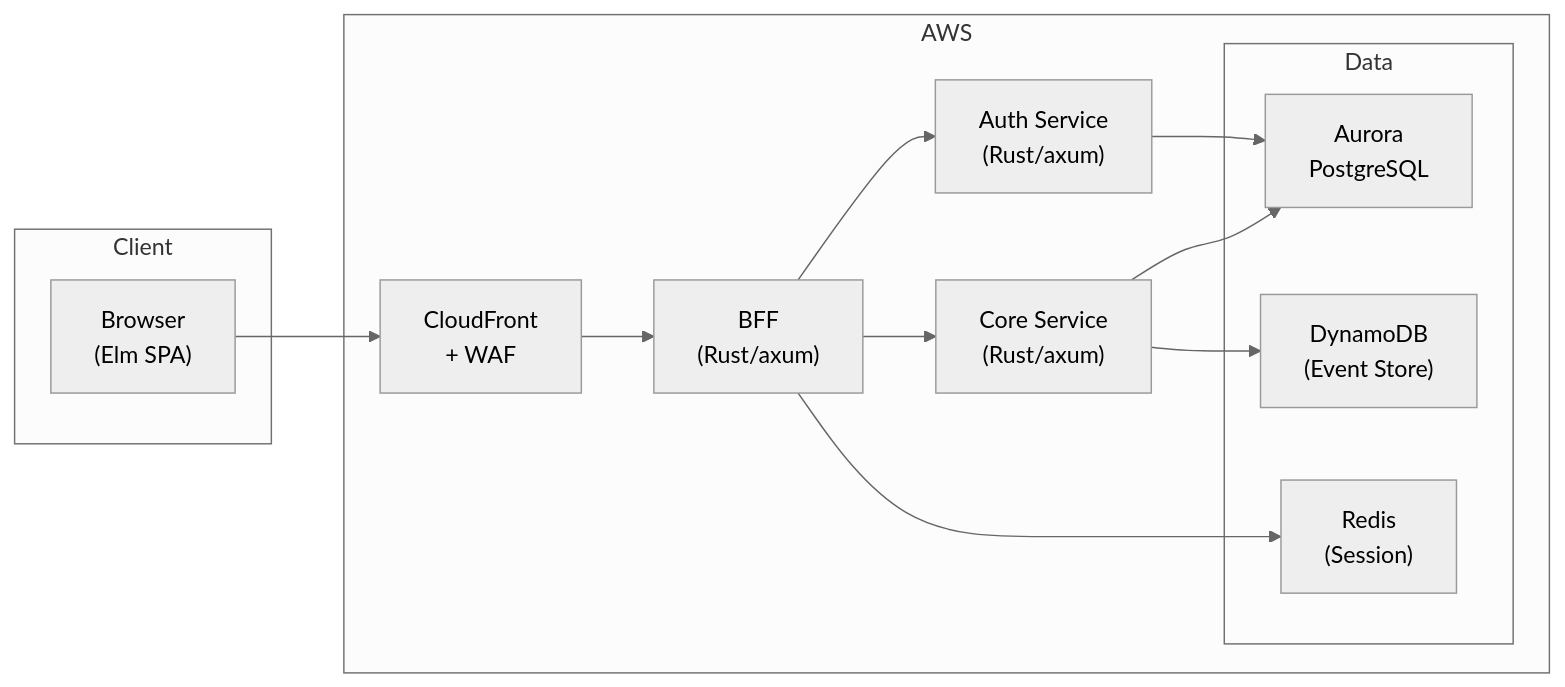
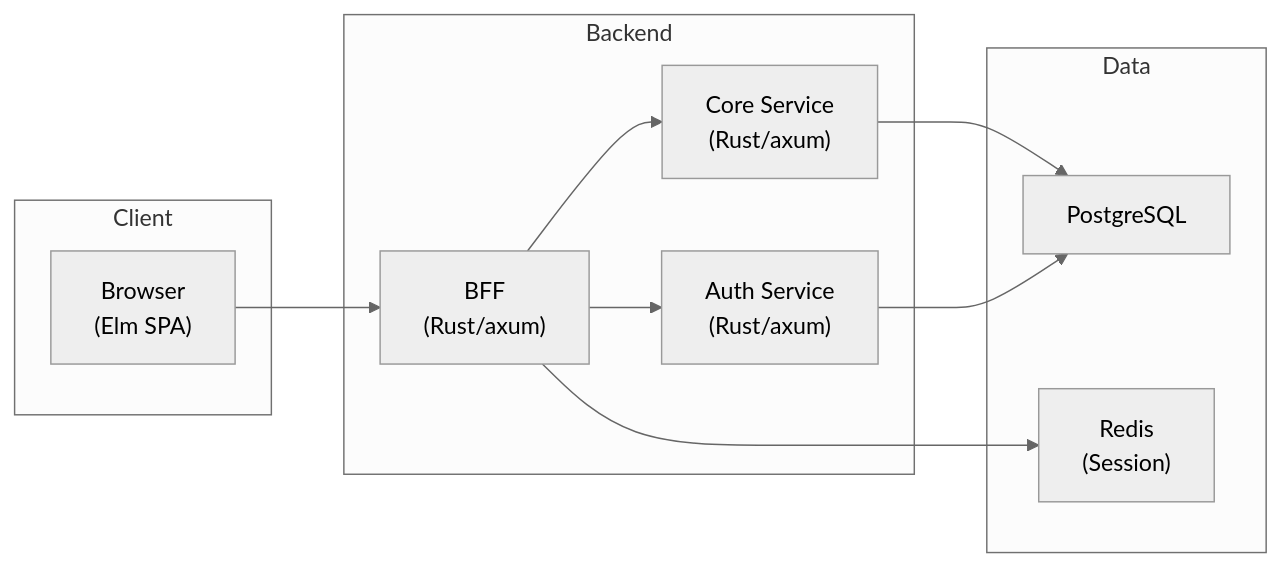
The diagram in README.md (ka2kama/ringiflow), drawn with Mermaid (neutral theme) before and after one commit. The commit also changed other lines of this file, not shown here.

````diff
--- a/README.md
+++ b/README.md
@@ -60,27 +67,24 @@
 ```mermaid
 flowchart LR
     subgraph Client
         Browser["Browser\n(Elm SPA)"]
     end
 
-    subgraph AWS
-        CF["CloudFront\n+ WAF"]
+    subgraph Backend
         BFF["BFF\n(Rust/axum)"]
         Core["Core Service\n(Rust/axum)"]
         Auth["Auth Service\n(Rust/axum)"]
-
-        subgraph Data
-            Aurora["Aurora\nPostgreSQL"]
-            DynamoDB["DynamoDB\n(Event Store)"]
-            Redis["Redis\n(Session)"]
-        end
     end
 
-    Browser --> CF --> BFF
+    subgraph Data
+        PG["PostgreSQL"]
+        Redis["Redis\n(Session)"]
+    end
+
+    Browser --> BFF
     BFF --> Core
     BFF --> Auth
     BFF --> Redis
-    Core --> Aurora
-    Core --> DynamoDB
-    Auth --> Aurora
+    Core --> PG
+    Auth --> PG
 ```
````
